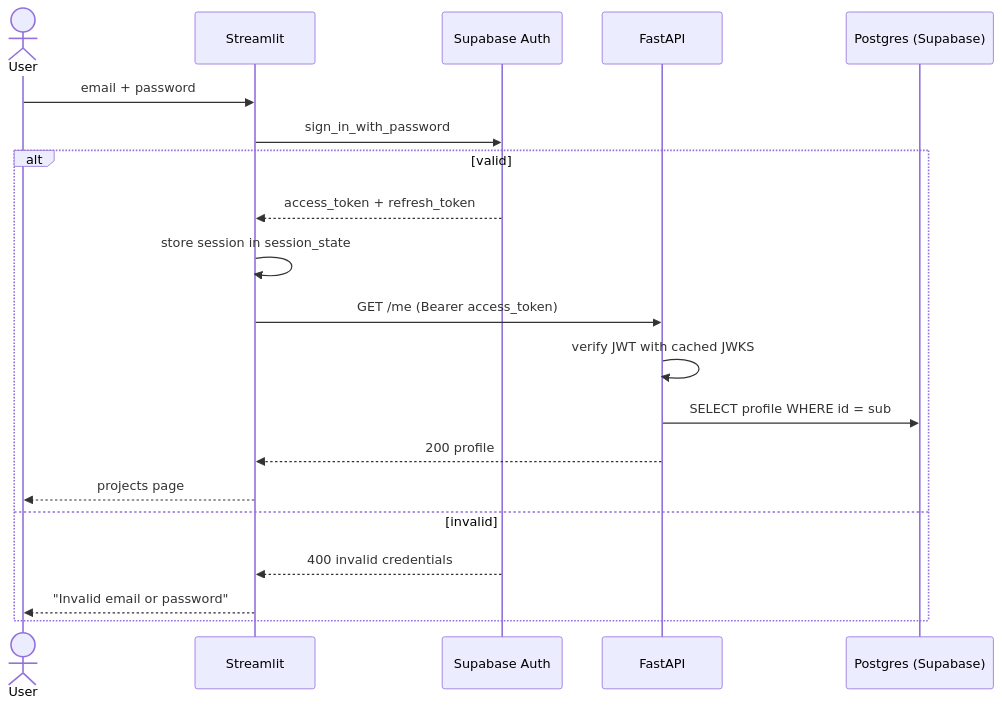
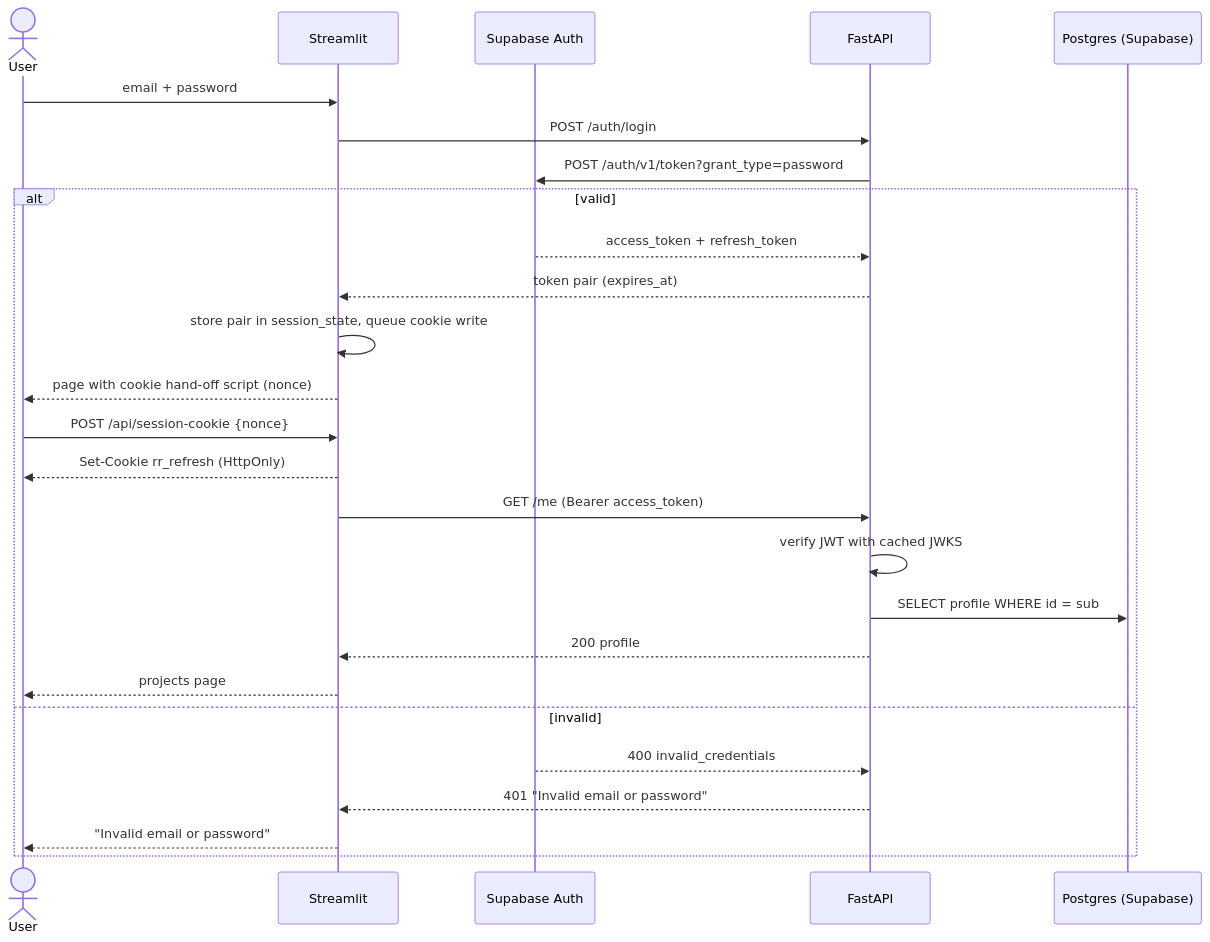
Before and after one commit to AlexZ1007/mops-reviewradar: the first of 3 diagrams in docs/auth-and-roles.md, drawn with Mermaid. The commit also changed other lines of this file and 89 other files, not shown here.

First line of the commit message:
Route auth through FastAPI gateway with HttpOnly refresh-token cookie

````diff
--- a/docs/auth-and-roles.md
+++ b/docs/auth-and-roles.md
@@ -97,22 +100,28 @@
 ```mermaid
 sequenceDiagram
     actor U as User
     participant S as Streamlit
     participant SA as Supabase Auth
     participant A as FastAPI
     participant D as Postgres (Supabase)
     U->>S: email + password
-    S->>SA: sign_in_with_password
+    S->>A: POST /auth/login
+    A->>SA: POST /auth/v1/token?grant_type=password
     alt valid
-        SA-->>S: access_token + refresh_token
-        S->>S: store session in session_state
+        SA-->>A: access_token + refresh_token
+        A-->>S: token pair (expires_at)
+        S->>S: store pair in session_state, queue cookie write
+        S-->>U: page with cookie hand-off script (nonce)
+        U->>S: POST /api/session-cookie {nonce}
+        S-->>U: Set-Cookie rr_refresh (HttpOnly)
         S->>A: GET /me (Bearer access_token)
         A->>A: verify JWT with cached JWKS
         A->>D: SELECT profile WHERE id = sub
         A-->>S: 200 profile
         S-->>U: projects page
     else invalid
-        SA-->>S: 400 invalid credentials
+        SA-->>A: 400 invalid_credentials
+        A-->>S: 401 "Invalid email or password"
         S-->>U: "Invalid email or password"
     end
 ```
````
